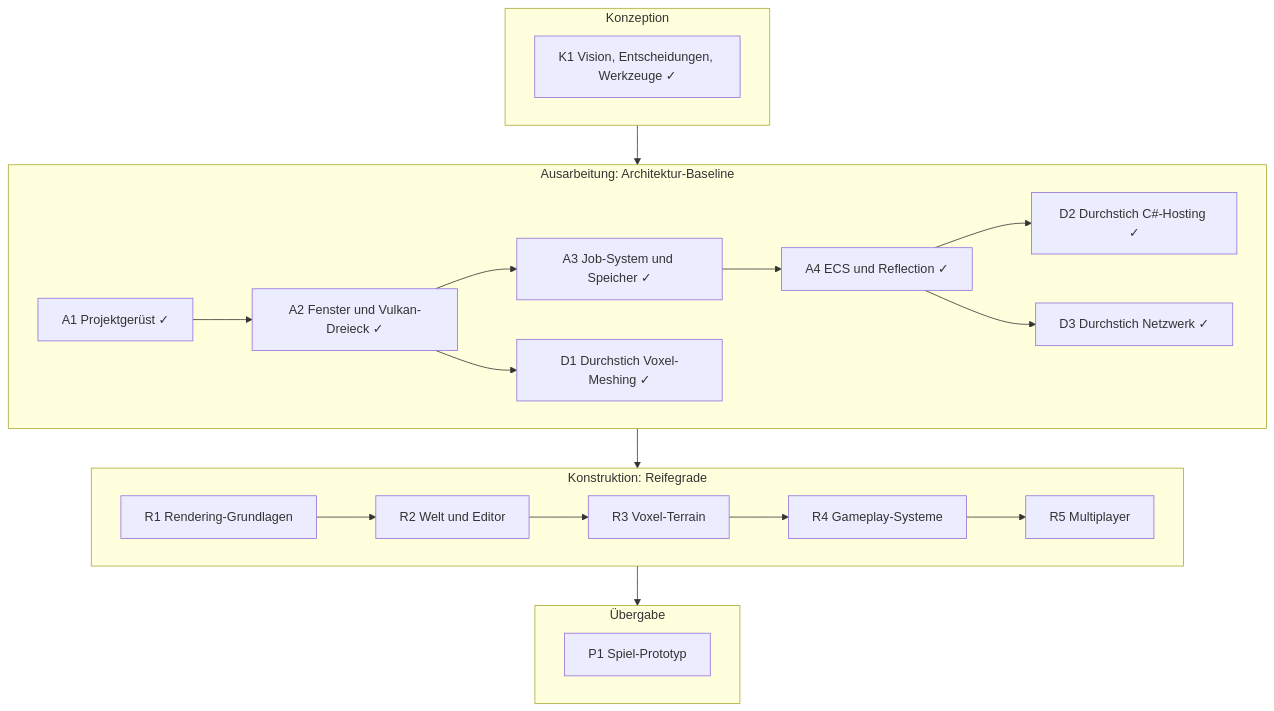
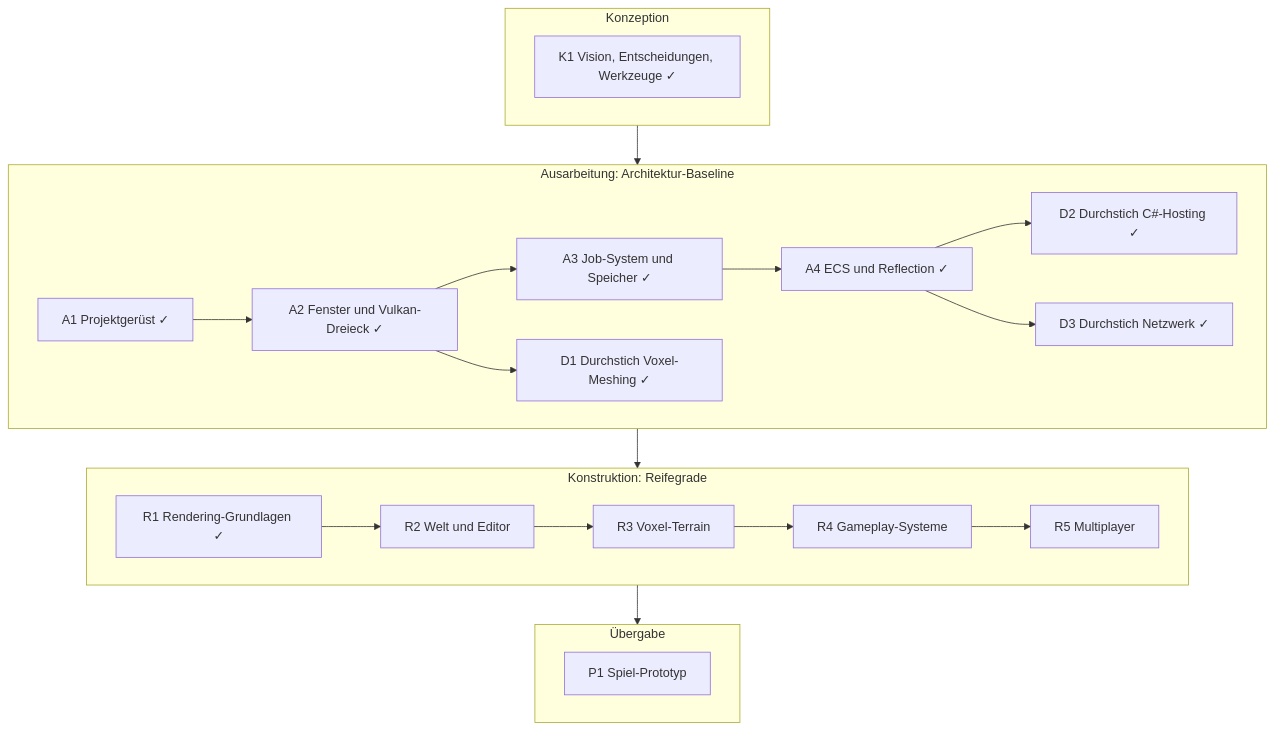
Before and after one commit to viiez/ngine: the diagram in docs/roadmap.md, drawn with Mermaid. The commit also changed other lines of this file and 6 other files, not shown here.

````diff
--- a/docs/roadmap.md
+++ b/docs/roadmap.md
@@ -19,24 +17,24 @@
 ```mermaid
 flowchart TB
     subgraph K["Konzeption"]
         K1["K1 Vision, Entscheidungen, Werkzeuge ✓"]
     end
     subgraph A["Ausarbeitung: Architektur-Baseline"]
         A1["A1 Projektgerüst ✓"] --> A2["A2 Fenster und Vulkan-Dreieck ✓"]
         A2 --> A3["A3 Job-System und Speicher ✓"]
         A3 --> A4["A4 ECS und Reflection ✓"]
         A2 --> D1["D1 Durchstich Voxel-Meshing ✓"]
         A4 --> D2["D2 Durchstich C#-Hosting ✓"]
         A4 --> D3["D3 Durchstich Netzwerk ✓"]
     end
     subgraph B["Konstruktion: Reifegrade"]
-        R1["R1 Rendering-Grundlagen"] --> R2["R2 Welt und Editor"]
+        R1["R1 Rendering-Grundlagen ✓"] --> R2["R2 Welt und Editor"]
         R2 --> R3["R3 Voxel-Terrain"]
         R3 --> R4["R4 Gameplay-Systeme"]
         R4 --> R5["R5 Multiplayer"]
     end
     subgraph U["Übergabe"]
         P1["P1 Spiel-Prototyp"]
     end
     K --> A --> B --> U
 ```
````
